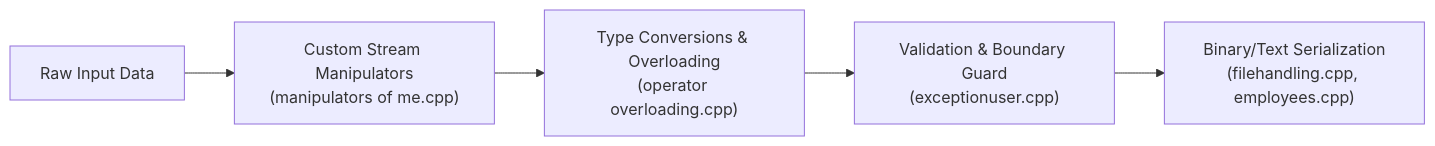
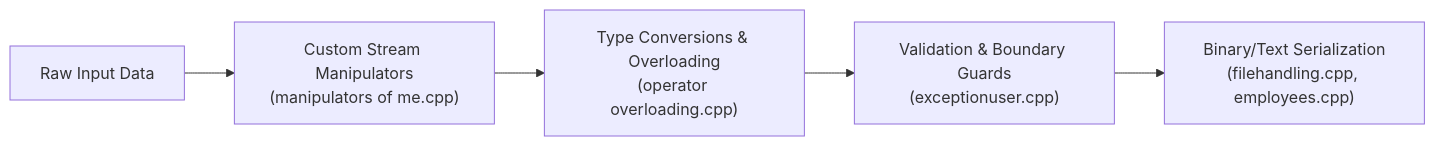
One commit to SabarishMS123/Sabarish-C-CPP-Practice changed the fifth of 5 diagrams in README.md. Above: the diagram before and after it, drawn with Mermaid. The commit also changed other lines of this file, not shown here.

````diff
--- a/README.md
+++ b/README.md
@@ -200,8 +179,7 @@
 ```mermaid
 flowchart LR
     A["Raw Input Data"] --> B["Custom Stream Manipulators<br/>(manipulators of me.cpp)"]
     B --> C["Type Conversions & Overloading<br/>(operator overloading.cpp)"]
-    C --> D["Validation & Boundary Guard<br/>(exceptionuser.cpp)"]
+    C --> D["Validation & Boundary Guards<br/>(exceptionuser.cpp)"]
     D --> E["Binary/Text Serialization<br/>(filehandling.cpp, employees.cpp)"]
-
 ```
````
